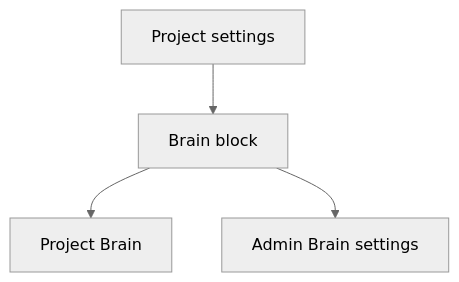
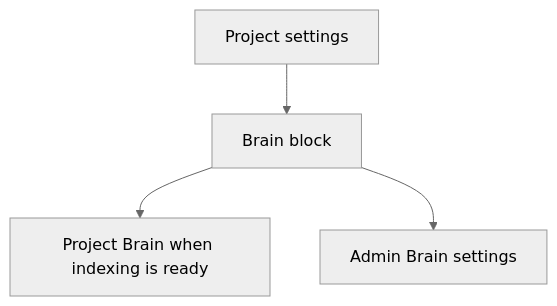
The first of 2 diagrams in docs/screens/projects/project-settings-brain.md (maister-dev/maister), drawn with Mermaid (neutral theme) before and after one commit. The commit also changed other lines of this file and 14 other files, not shown here.

Commit message:
fix(brain): gate tab on indexing readiness

````diff
--- a/docs/screens/projects/project-settings-brain.md
+++ b/docs/screens/projects/project-settings-brain.md
@@ -30,6 +31,6 @@
 ```mermaid
 flowchart TD
     Settings["Project settings"] --> BrainBlock["Brain block"]
-    BrainBlock --> BrainPage["Project Brain"]
+    BrainBlock --> BrainPage["Project Brain when indexing is ready"]
     BrainBlock --> Platform["Admin Brain settings"]
 ```
````
